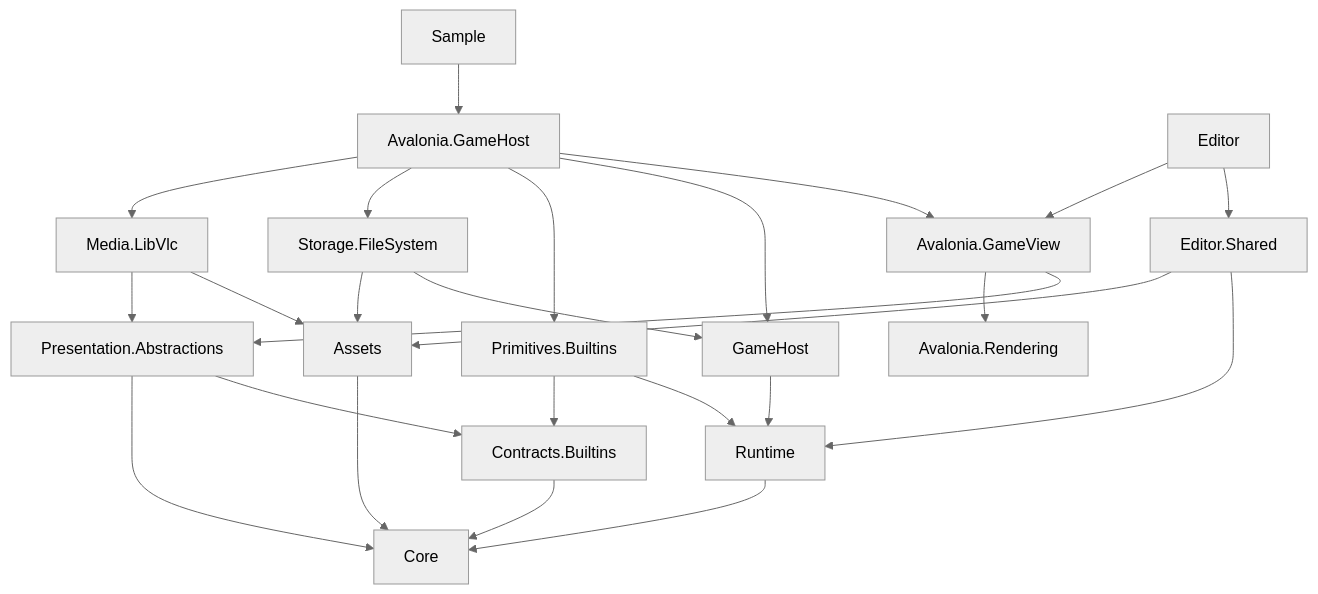
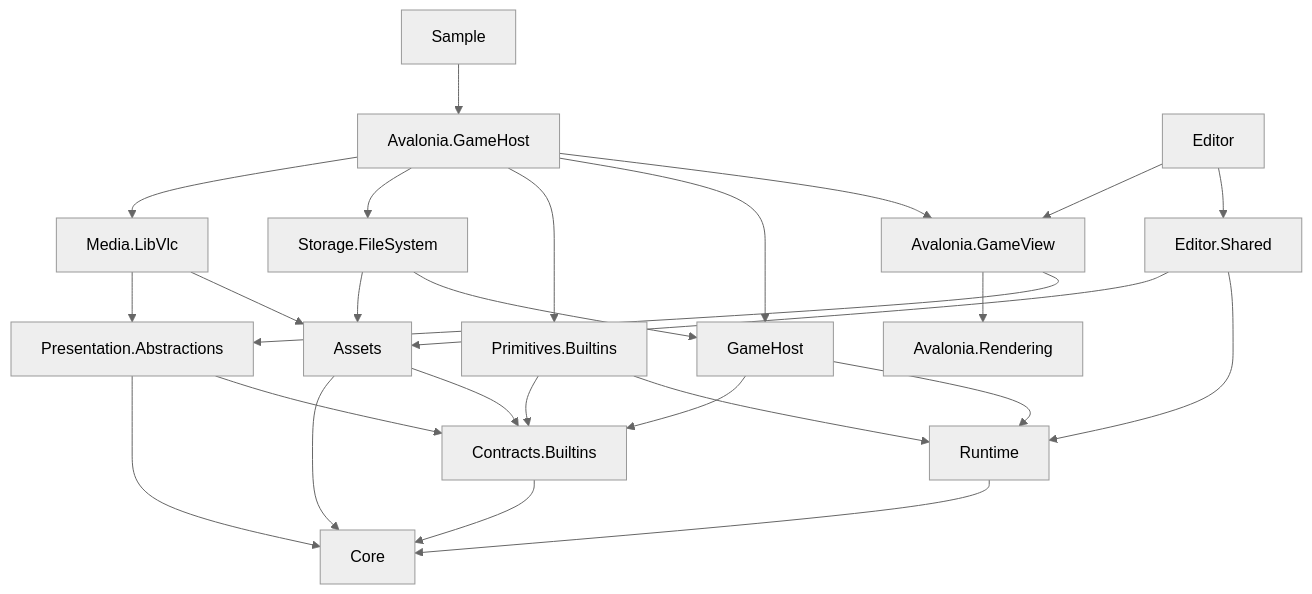
One commit to StarryXYJ/Gal.Net changed the diagram in docs/spec/architecture.md. Above: the diagram before and after it, drawn with Mermaid (neutral theme). The commit also changed other lines of this file and 184 other files, not shown here.

````diff
--- a/docs/spec/architecture.md
+++ b/docs/spec/architecture.md
@@ -25,27 +25,29 @@
 ```mermaid
 flowchart TB
     Sample[Sample] --> AvaloniaHost[Avalonia.GameHost]
     Editor[Editor] --> EditorShared[Editor.Shared]
     Editor --> GameView[Avalonia.GameView]
     EditorShared --> Runtime
     EditorShared --> Assets
     AvaloniaHost --> GameView
     AvaloniaHost --> Host[GameHost]
     AvaloniaHost --> Builtins[Primitives.Builtins]
     AvaloniaHost --> Storage[Storage.FileSystem]
     AvaloniaHost --> Media[Media.LibVlc]
     Host --> Runtime
     Builtins --> Runtime
     Builtins --> Contracts[Contracts.Builtins]
     Storage --> Host
     Storage --> Assets
     Media --> Assets
     Media --> Ports[Presentation.Abstractions]
     GameView --> Ports
     GameView --> Rendering[Avalonia.Rendering]
     Runtime --> Core
     Ports --> Contracts
     Ports --> Core
     Contracts --> Core
+    Assets --> Contracts
+    Host --> Contracts
     Assets --> Core
 ```
````
